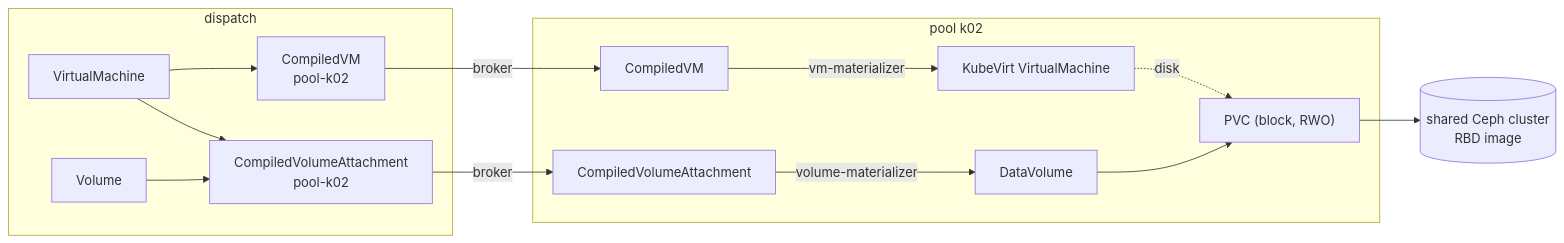
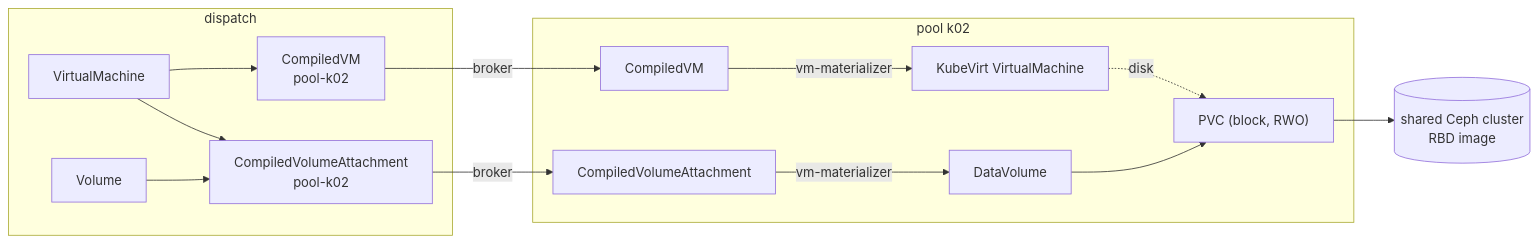
Before and after one commit to trevex/ectobase: the first of 3 diagrams in docs/architecture/storage-and-vms.md, drawn with Mermaid. The commit also changed other lines of this file and 40 other files, not shown here.

````diff
--- a/docs/architecture/storage-and-vms.md
+++ b/docs/architecture/storage-and-vms.md
@@ -28,26 +31,26 @@
 ```mermaid
 flowchart LR
     subgraph dispatch["dispatch"]
         vm["VirtualMachine"]
         vol["Volume"]
         cvm["CompiledVM<br/>pool-k02"]
         cva["CompiledVolumeAttachment<br/>pool-k02"]
         vm --> cvm
         vm --> cva
         vol --> cva
     end
     subgraph pool["pool k02"]
         dcvm["CompiledVM"]
         dcva["CompiledVolumeAttachment"]
         kvm["KubeVirt VirtualMachine"]
         dv["DataVolume"]
         pvc["PVC (block, RWO)"]
         dcvm -->|vm-materializer| kvm
-        dcva -->|volume-materializer| dv --> pvc
+        dcva -->|vm-materializer| dv --> pvc
         kvm -.disk.-> pvc
     end
     ceph[("shared Ceph cluster<br/>RBD image")]
     cvm -->|broker| dcvm
     cva -->|broker| dcva
     pvc --> ceph
 ```
````
